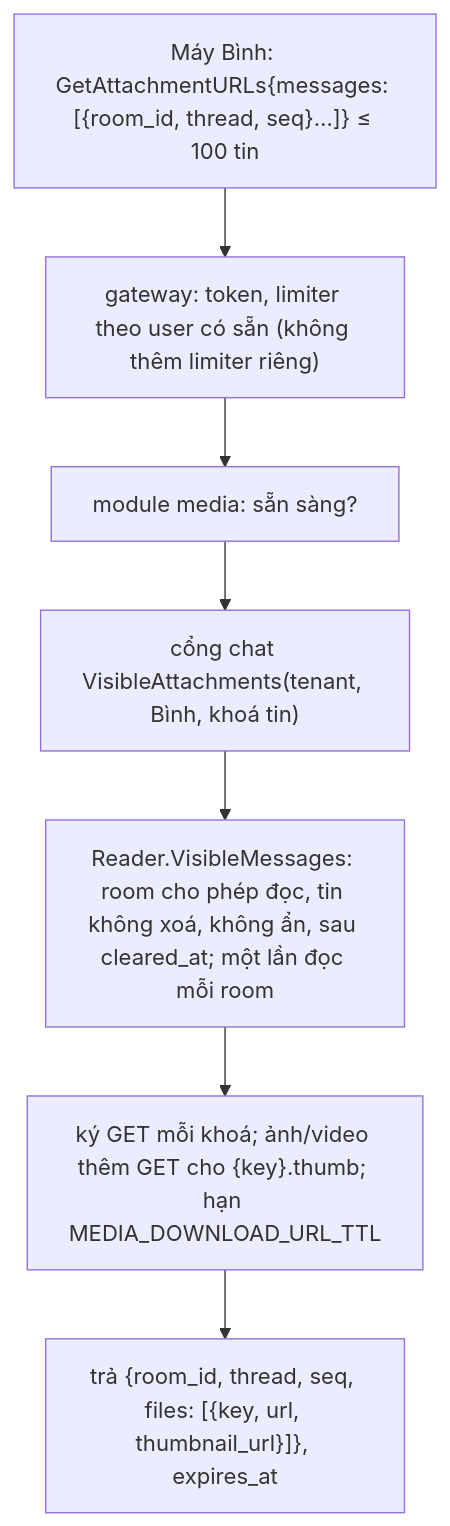
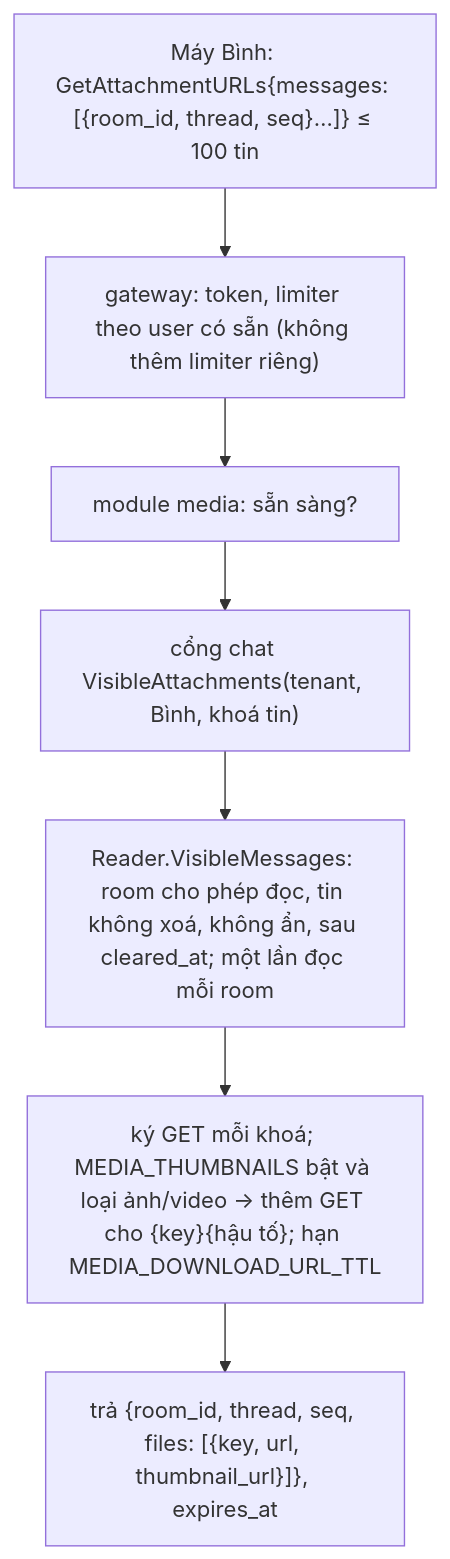
One commit to ivannguyendev/chatim changed the second of 3 diagrams in docs/plans/2026-11-07-m7-p2-attachments-summary.md. Above: the diagram before and after it, drawn with Mermaid. The commit also changed other lines of this file, not shown here.

First line of the commit message:
docs(m7): thumbnails generated by the server

````diff
--- a/docs/plans/2026-11-07-m7-p2-attachments-summary.md
+++ b/docs/plans/2026-11-07-m7-p2-attachments-summary.md
@@ -126,9 +137,9 @@
 ```mermaid
 flowchart TB
   B["Máy Bình: GetAttachmentURLs{messages: [{room_id, thread, seq}…]} ≤ 100 tin"] --> GW["gateway: token, limiter theo user có sẵn (không thêm limiter riêng)"]
   GW --> M["module media: sẵn sàng?"]
   M --> P["cổng chat VisibleAttachments(tenant, Bình, khoá tin)"]
   P --> R["Reader.VisibleMessages: room cho phép đọc, tin không xoá, không ẩn, sau cleared_at; một lần đọc mỗi room"]
-  R --> M2["ký GET mỗi khoá; ảnh/video thêm GET cho {key}.thumb; hạn MEDIA_DOWNLOAD_URL_TTL"]
+  R --> M2["ký GET mỗi khoá; MEDIA_THUMBNAILS bật và loại ảnh/video → thêm GET cho {key}{hậu tố}; hạn MEDIA_DOWNLOAD_URL_TTL"]
   M2 --> B2["trả {room_id, thread, seq, files: [{key, url, thumbnail_url}]}, expires_at"]
 ```
````
